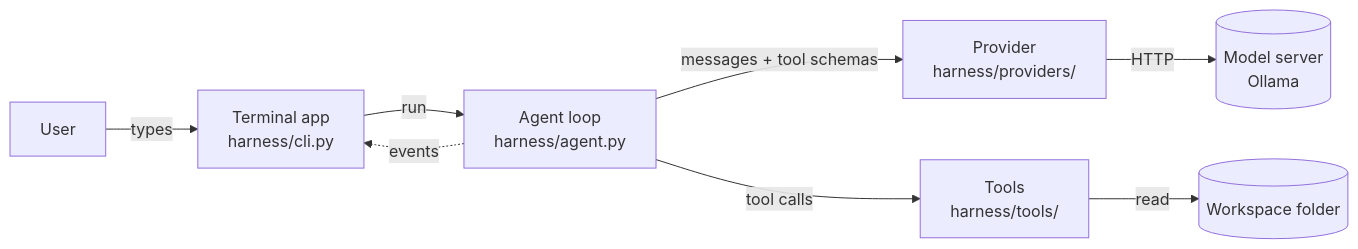
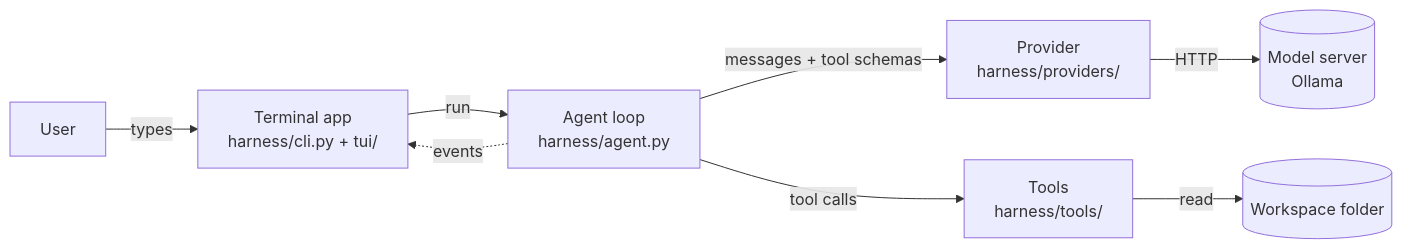
The first of 5 diagrams in docs/architecture.md (havish-coder/agent-harness), drawn with Mermaid before and after one commit. The commit also changed other lines of this file and 15 other files, not shown here.

````diff
--- a/docs/architecture.md
+++ b/docs/architecture.md
@@ -9,10 +9,10 @@
 ```mermaid
 flowchart LR
-    U[User] -->|types| CLI["Terminal app<br/>harness/cli.py"]
+    U[User] -->|types| CLI["Terminal app<br/>harness/cli.py + tui/"]
     CLI -->|run| A["Agent loop<br/>harness/agent.py"]
     A -->|messages + tool schemas| P["Provider<br/>harness/providers/"]
     P -->|HTTP| M[(Model server<br/>Ollama)]
     A -->|tool calls| T["Tools<br/>harness/tools/"]
     T -->|read| W[(Workspace folder)]
     A -.->|events| CLI
 ```
````
